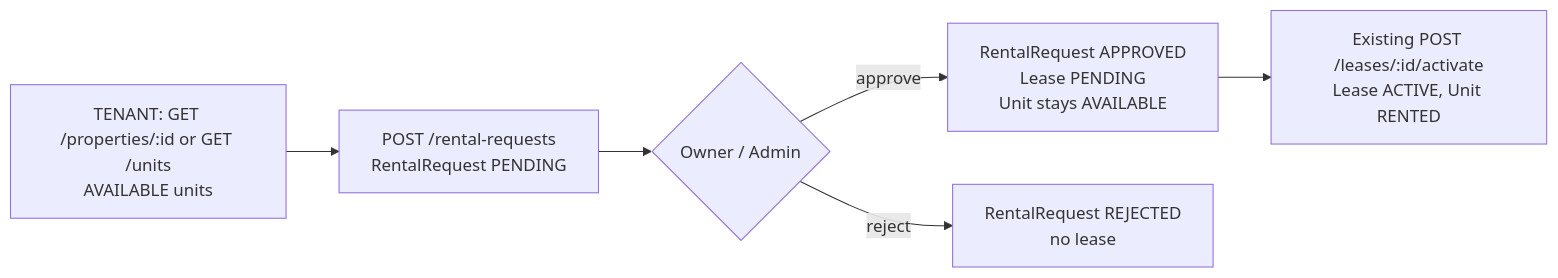
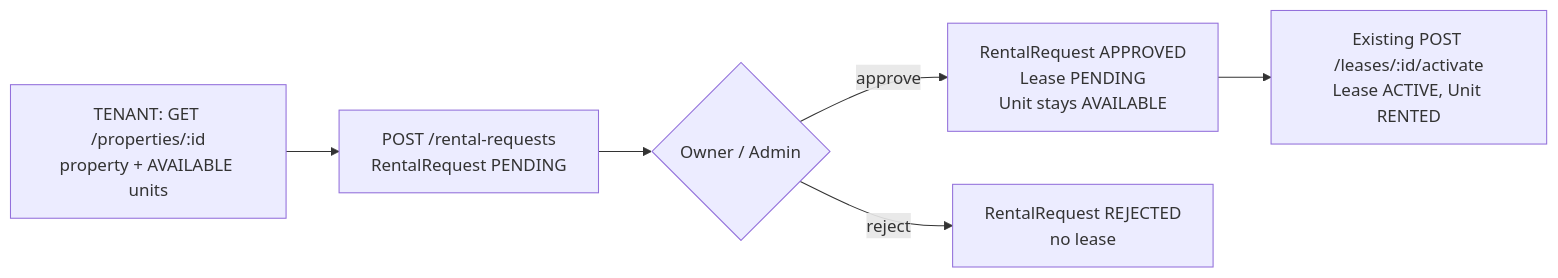
One commit to Joo-Shohber/Prop-Flow changed the third of 4 diagrams in docs/business-logic.md. Above: the diagram before and after it, drawn with Mermaid. The commit also changed other lines of this file and 35 other files, not shown here.

````diff
--- a/docs/business-logic.md
+++ b/docs/business-logic.md
@@ -83,8 +69,8 @@
 ```mermaid
 flowchart LR
-    T[TENANT: GET /properties/:id or GET /units<br/>AVAILABLE units] --> C[POST /rental-requests<br/>RentalRequest PENDING]
+    T[TENANT: GET /properties/:id<br/>property + AVAILABLE units] --> C[POST /rental-requests<br/>RentalRequest PENDING]
     C --> A{Owner / Admin}
     A -- approve --> L[RentalRequest APPROVED<br/>Lease PENDING<br/>Unit stays AVAILABLE]
     A -- reject --> R[RentalRequest REJECTED<br/>no lease]
     L --> X[Existing POST /leases/:id/activate<br/>Lease ACTIVE, Unit RENTED]
 ```
````
